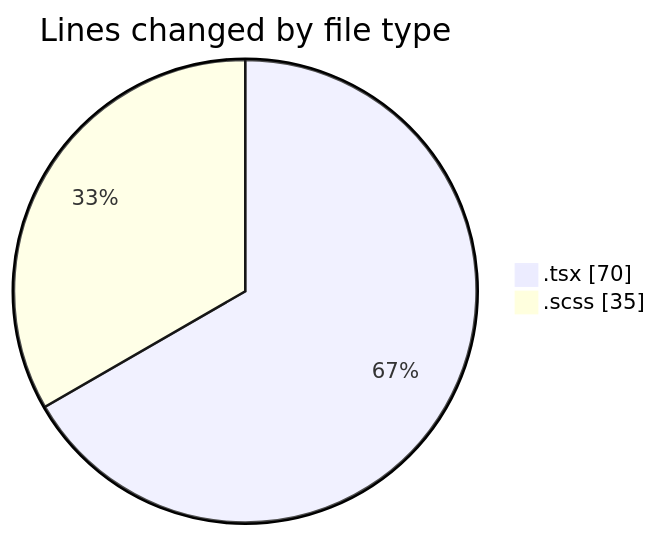
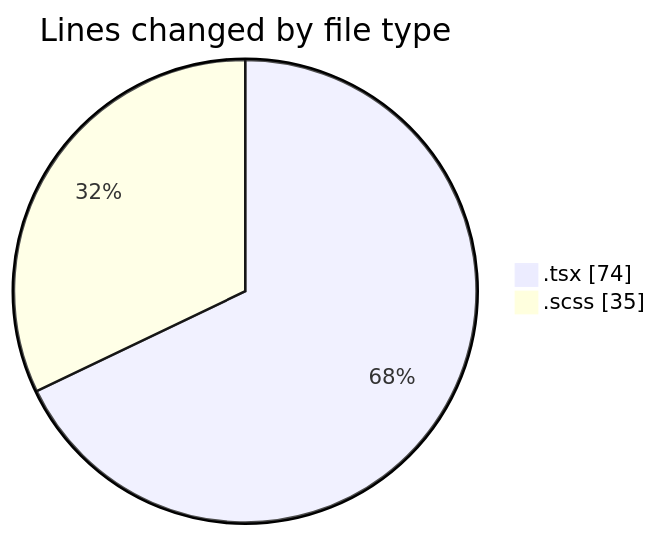
The first of 2 diagrams in 2026-10-30/cda/README.md (momahboobian/code-tracking), drawn with Mermaid before and after one commit. The commit also changed other lines of this file and 1 other file, not shown here.

````diff
--- a/2026-10-30/cda/README.md
+++ b/2026-10-30/cda/README.md
@@ -21,6 +21,6 @@
 ```mermaid
 pie showData
 title Lines changed by file type
-".tsx" : 70
+".tsx" : 74
 ".scss" : 35
 ```
````
